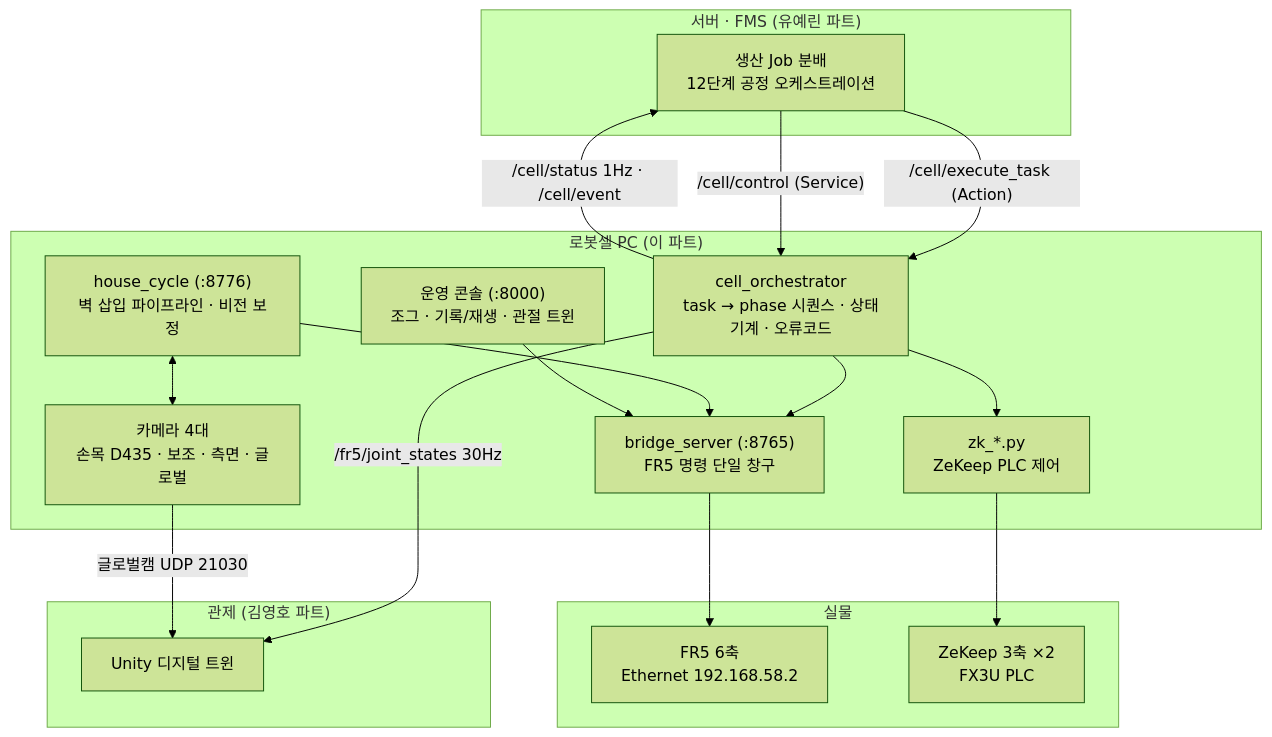
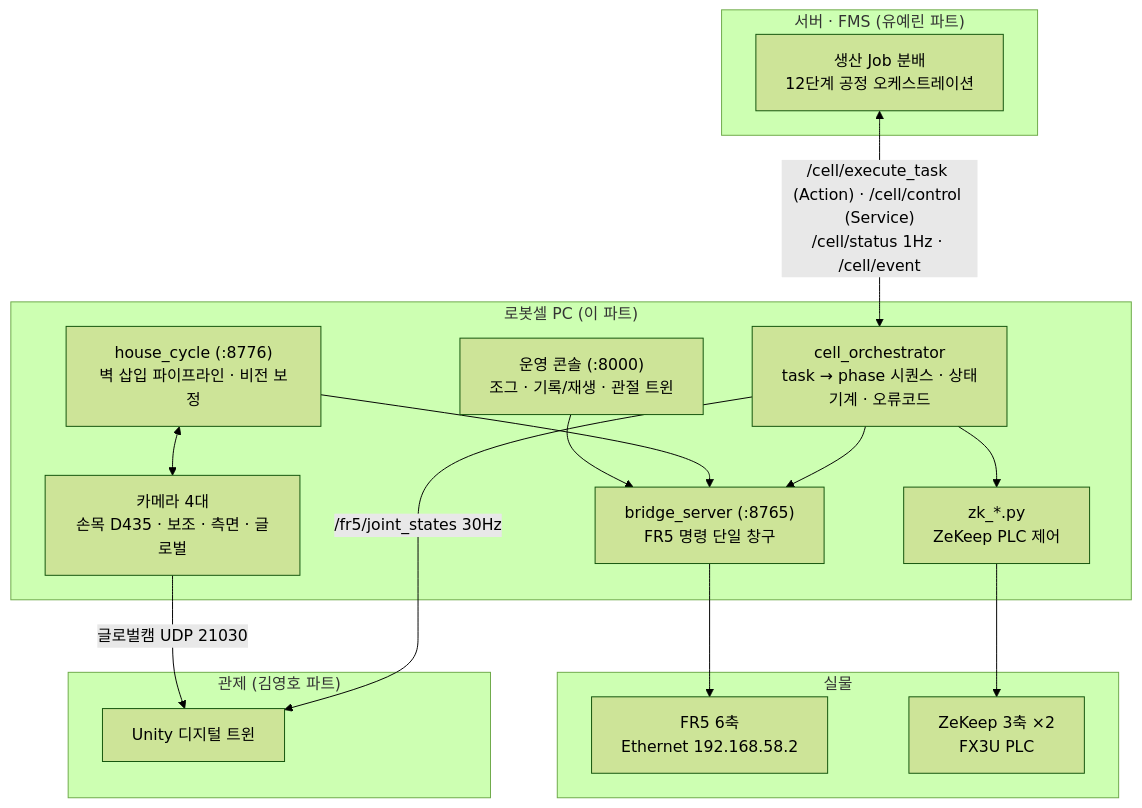
The diagram in docs/02_architecture.md (kimar1022-code/smart-factory-make-home-team-), drawn with Mermaid (forest theme) before and after one commit.

Commit message:
문서: 구조도가 GitHub에서 깨지던 문제 수정 (반대 방향 화살표를 양방향 하나로)

````diff
--- a/docs/02_architecture.md
+++ b/docs/02_architecture.md
@@ -5,36 +5,34 @@
 ```mermaid
 flowchart TB
   subgraph SV["서버 · FMS (유예린 파트)"]
     S1["생산 Job 분배<br/>12단계 공정 오케스트레이션"]
   end
 
   subgraph CELL["로봇셀 PC (이 파트)"]
     ORC["cell_orchestrator<br/>task → phase 시퀀스 · 상태기계 · 오류코드"]
     HC["house_cycle (:8776)<br/>벽 삽입 파이프라인 · 비전 보정"]
     BR["bridge_server (:8765)<br/>FR5 명령 단일 창구"]
     CAM["카메라 4대<br/>손목 D435 · 보조 · 측면 · 글로벌"]
     ZK["zk_*.py<br/>ZeKeep PLC 제어"]
     CON["운영 콘솔 (:8000)<br/>조그 · 기록/재생 · 관절 트윈"]
   end
 
   subgraph ROB["실물"]
     FR5["FR5 6축<br/>Ethernet 192.168.58.2"]
     ZKR["ZeKeep 3축 ×2<br/>FX3U PLC"]
   end
 
   subgraph GUI["관제 (김영호 파트)"]
     UN["Unity 디지털 트윈"]
   end
 
-  S1 -->|"/cell/execute_task (Action)"| ORC
-  S1 -->|"/cell/control (Service)"| ORC
-  ORC -->|"/cell/status 1Hz · /cell/event"| S1
+  S1 <-->|"/cell/execute_task (Action) · /cell/control (Service)<br/>/cell/status 1Hz · /cell/event"| ORC
   ORC -->|"/fr5/joint_states 30Hz"| UN
   CAM -->|"글로벌캠 UDP 21030"| UN
   ORC --> BR
   HC --> BR
   CON --> BR
   HC <--> CAM
   BR --> FR5
   ORC --> ZK --> ZKR
 ```
````
